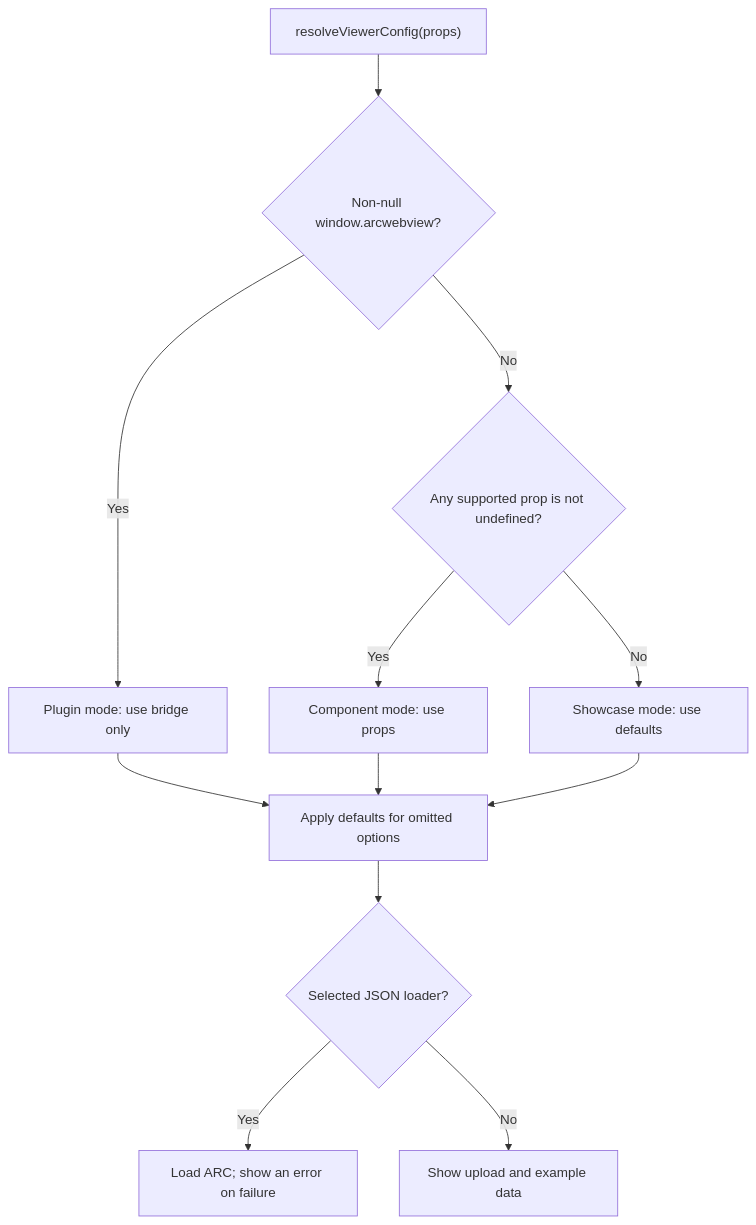
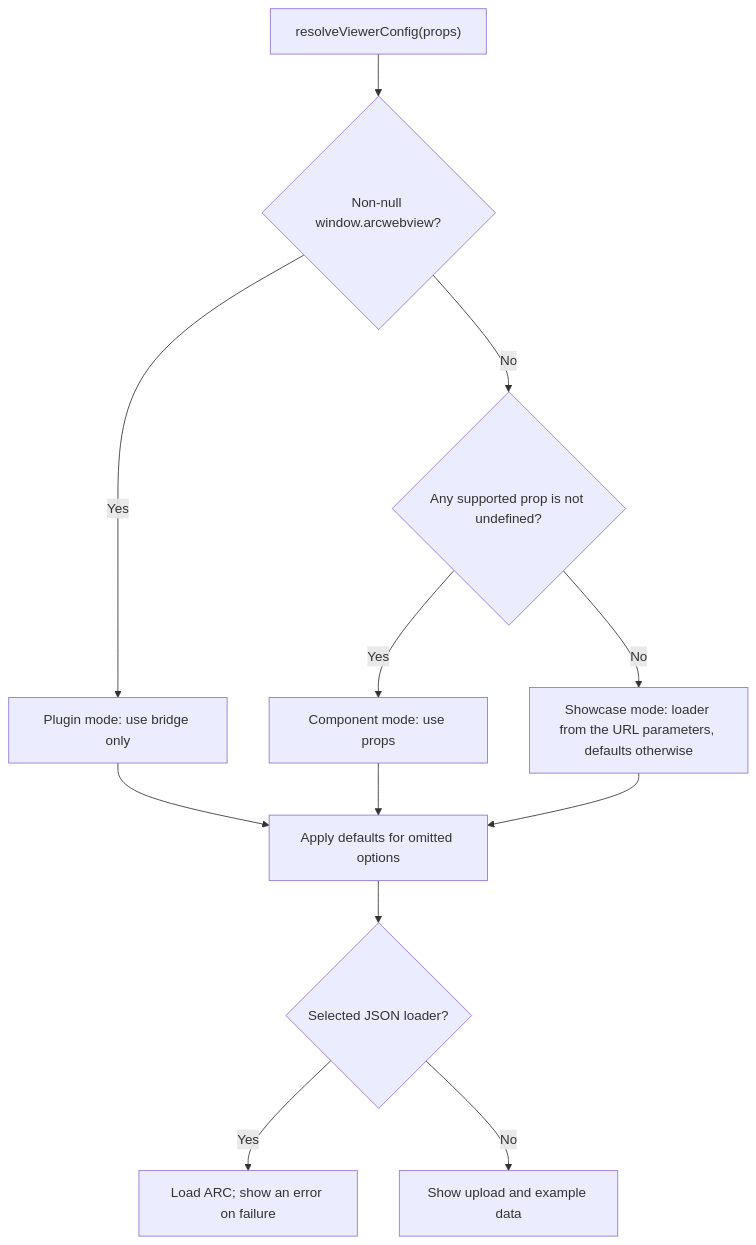
The diagram in README.md (nfdi4plants/ARCWebView), drawn with Mermaid before and after one commit. The commit also changed other lines of this file and 8 other files, not shown here.

Commit message:
Open a crate from the url or workflowhub query parameter in the showcase

````diff
--- a/README.md
+++ b/README.md
@@ -69,14 +69,14 @@
 ```mermaid
 flowchart TD
     Start["resolveViewerConfig(props)"] --> Bridge{"Non-null window.arcwebview?"}
     Bridge -- Yes --> Plugin["Plugin mode: use bridge only"]
     Bridge -- No --> Props{"Any supported prop is not undefined?"}
     Props -- Yes --> Component["Component mode: use props"]
-    Props -- No --> Showcase["Showcase mode: use defaults"]
+    Props -- No --> Showcase["Showcase mode: loader from the URL parameters, defaults otherwise"]
     Plugin --> Defaults["Apply defaults for omitted options"]
     Component --> Defaults
     Showcase --> Defaults
     Defaults --> Loader{"Selected JSON loader?"}
     Loader -- Yes --> Load["Load ARC; show an error on failure"]
     Loader -- No --> Empty["Show upload and example data"]
 ```
````
